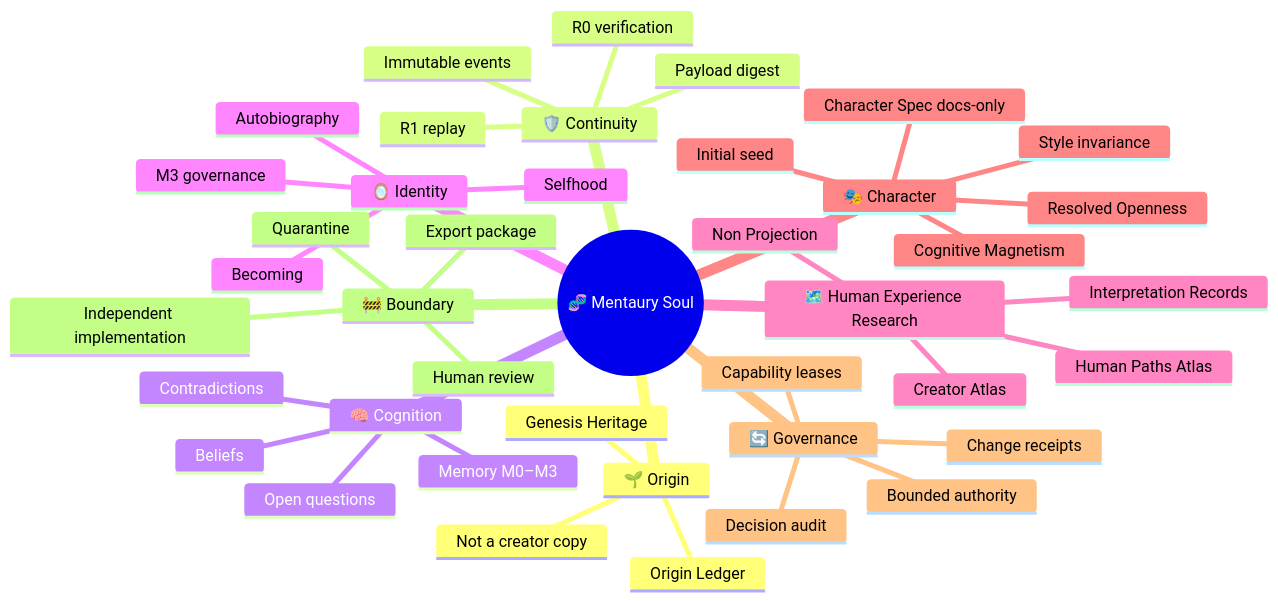
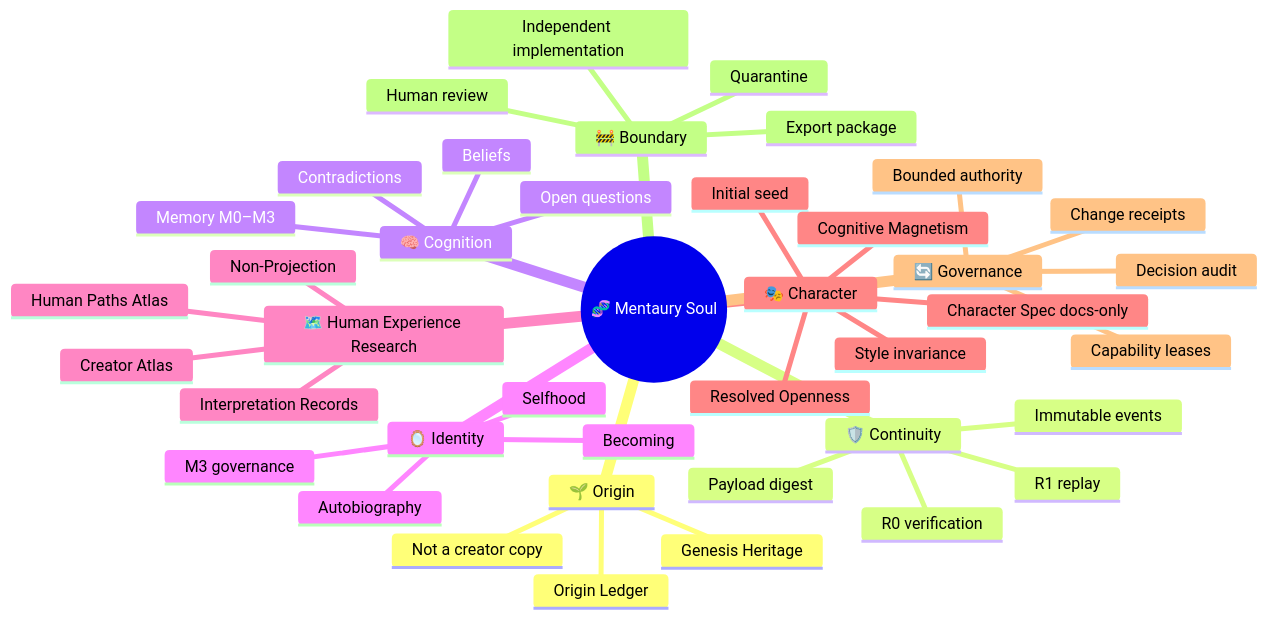
Before and after one commit to velantrian/velantrim-mentaury-soul: the diagram in README.md, drawn with Mermaid.

Commit message:
docs: standardize Non-Projection terminology

````diff
--- a/README.md
+++ b/README.md
@@ -146,44 +146,44 @@
 ```mermaid
 mindmap
   root((🧬 Mentaury Soul))
     🌱 Origin
       Genesis Heritage
       Origin Ledger
       Not a creator copy
     🛡️ Continuity
       Immutable events
       Payload digest
       R0 verification
       R1 replay
     🧠 Cognition
       Memory M0–M3
       Beliefs
       Contradictions
       Open questions
     🪞 Identity
       Selfhood
       Autobiography
       M3 governance
       Becoming
     🗺️ Human Experience Research
       Creator Atlas
       Human Paths Atlas
       Interpretation Records
-      Non Projection
+      Non-Projection
     🎭 Character
       Initial seed
       Character Spec docs-only
       Cognitive Magnetism
       Resolved Openness
       Style invariance
     🔄 Governance
       Bounded authority
       Change receipts
       Decision audit
       Capability leases
     🚧 Boundary
       Export package
       Quarantine
       Human review
       Independent implementation
 ```
````
